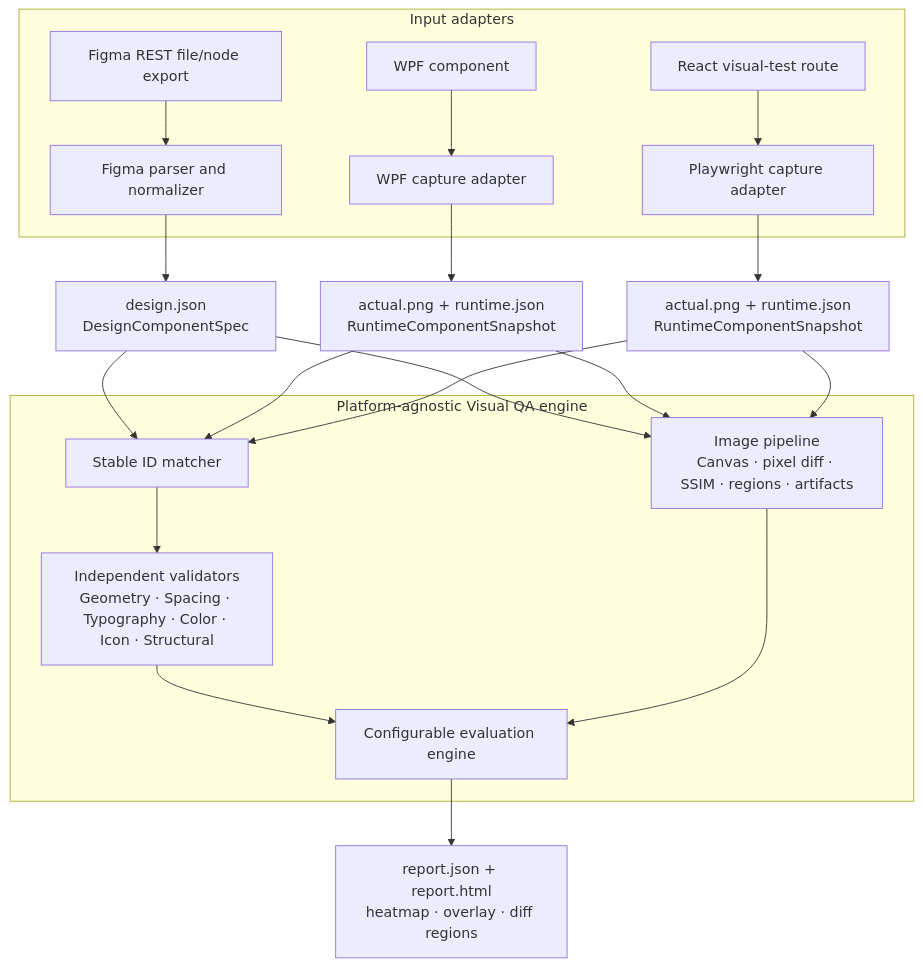
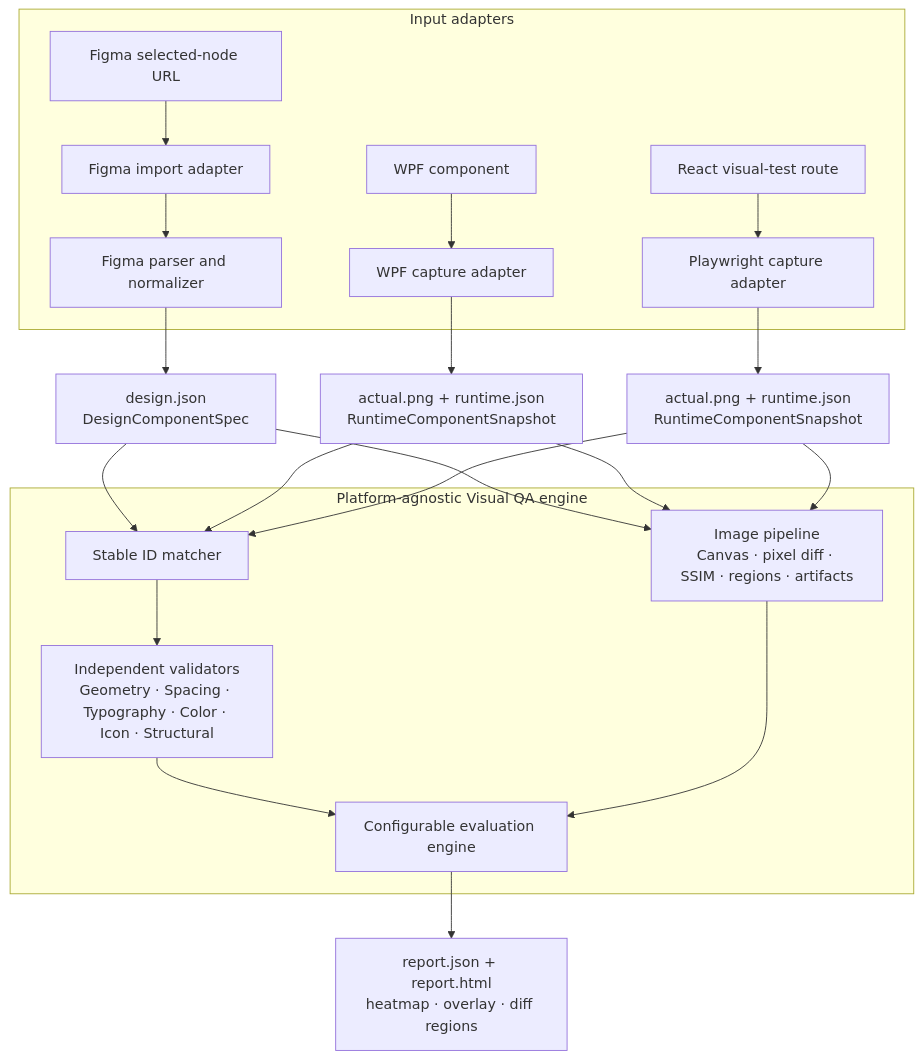
Before and after one commit to bilalnazerali-philips/Visual-QA: the first of 2 diagrams in docs/architecture.md, drawn with Mermaid. The commit also changed other lines of this file and 145 other files, not shown here.

Commit message:
Add Figma import and WPF comparison fixtures

````diff
--- a/docs/architecture.md
+++ b/docs/architecture.md
@@ -7,30 +7,31 @@
 ```mermaid
 flowchart TB
   subgraph Sources[Input adapters]
-    Figma[Figma REST file/node export] --> Parser[Figma parser and normalizer]
+    Figma[Figma selected-node URL] --> Import[Figma import adapter]
+    Import --> Parser[Figma parser and normalizer]
     Wpf[WPF component] --> WpfCapture[WPF capture adapter]
     React[React visual-test route] --> ReactCapture[Playwright capture adapter]
   end
 
   Parser --> Design["design.json\nDesignComponentSpec"]
   WpfCapture --> WpfOut["actual.png + runtime.json\nRuntimeComponentSnapshot"]
   ReactCapture --> ReactOut["actual.png + runtime.json\nRuntimeComponentSnapshot"]
 
   subgraph PlatformAgnostic[Platform-agnostic Visual QA engine]
     Match[Stable ID matcher]
     Validate[Independent validators\nGeometry · Spacing · Typography · Color · Icon · Structural]
     Image[Image pipeline\nCanvas · pixel diff · SSIM · regions · artifacts]
     Evaluate[Configurable evaluation engine]
   end
 
   Design --> Match
   WpfOut --> Match
   ReactOut --> Match
   Match --> Validate
   Design --> Image
   WpfOut --> Image
   ReactOut --> Image
   Validate --> Evaluate
   Image --> Evaluate
   Evaluate --> Reports["report.json + report.html\nheatmap · overlay · diff regions"]
 ```
````
